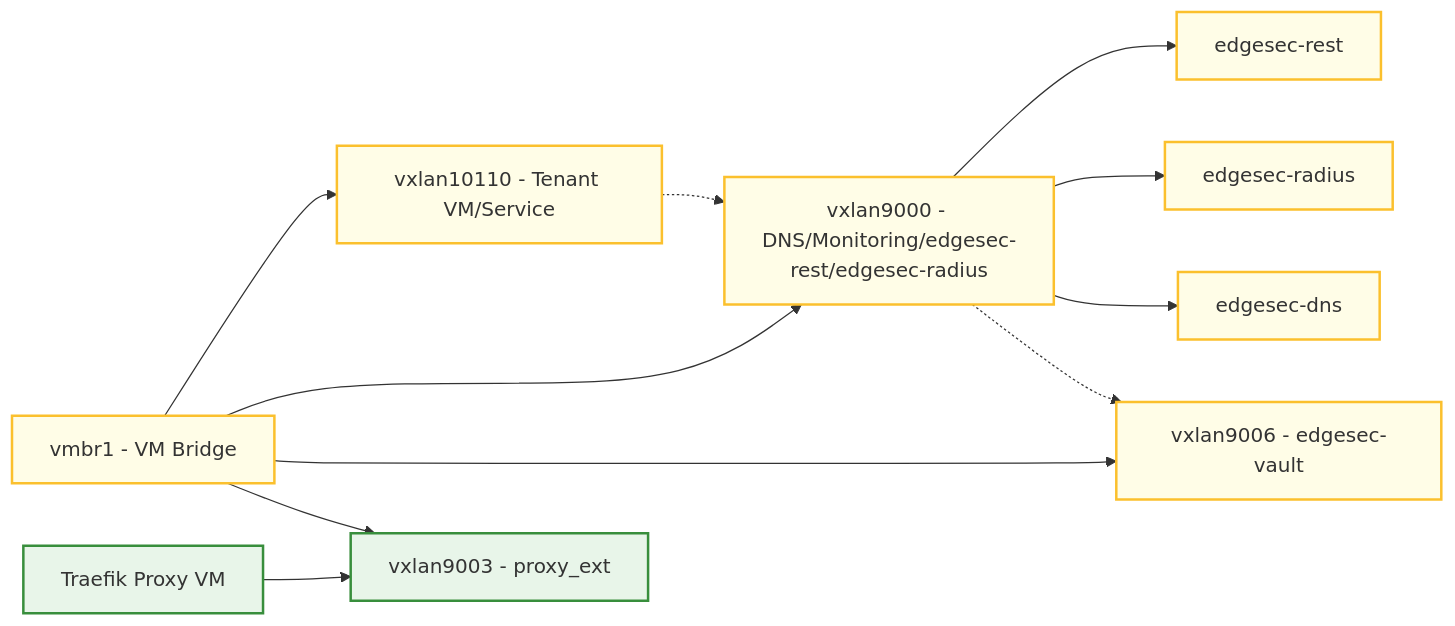
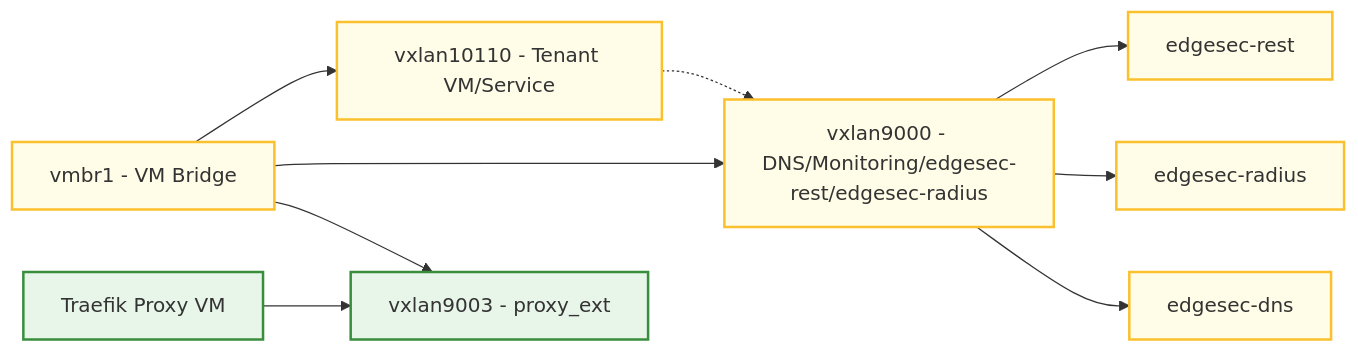
The third of 4 diagrams in README.md (CEP-Comwell/proxmox_addons), drawn with Mermaid before and after one commit.

````diff
--- a/README.md
+++ b/README.md
@@ -95,26 +95,23 @@
 ```mermaid
 graph LR
 VMBridge[vmbr1 - VM Bridge]
 VX10110[vxlan10110 - Tenant VM/Service]
 VX9000[vxlan9000 - DNS/Monitoring/edgesec-rest/edgesec-radius]
-VX9006[vxlan9006 - edgesec-vault]
 VX9003[vxlan9003 - proxy_ext]
 RestVM[edgesec-rest]
 RadiusVM[edgesec-radius]
 DNSVM[edgesec-dns]
 ProxyVM[Traefik Proxy VM]
 VMBridge --> VX10110
 VMBridge --> VX9000
-VMBridge --> VX9006
 VMBridge --> VX9003
 VX9000 --> RestVM
 VX9000 --> RadiusVM
 VX9000 --> DNSVM
 ProxyVM --> VX9003
 VX10110 -.-> VX9000
-VX9000 -.-> VX9006
 classDef vm fill:#fffde7,stroke:#fbc02d,stroke-width:2px;
 classDef proxy fill:#e8f5e9,stroke:#388e3c,stroke-width:2px;
 class VMBridge,VX10110,VX9000,VX9006,RestVM,RadiusVM,DNSVM vm;
 class VX9003,ProxyVM proxy;
 ```
````
